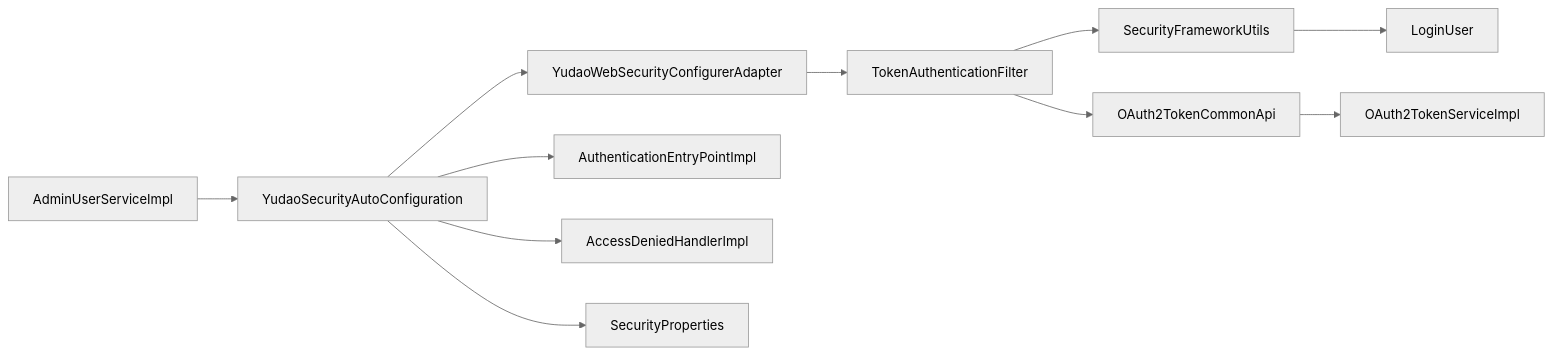
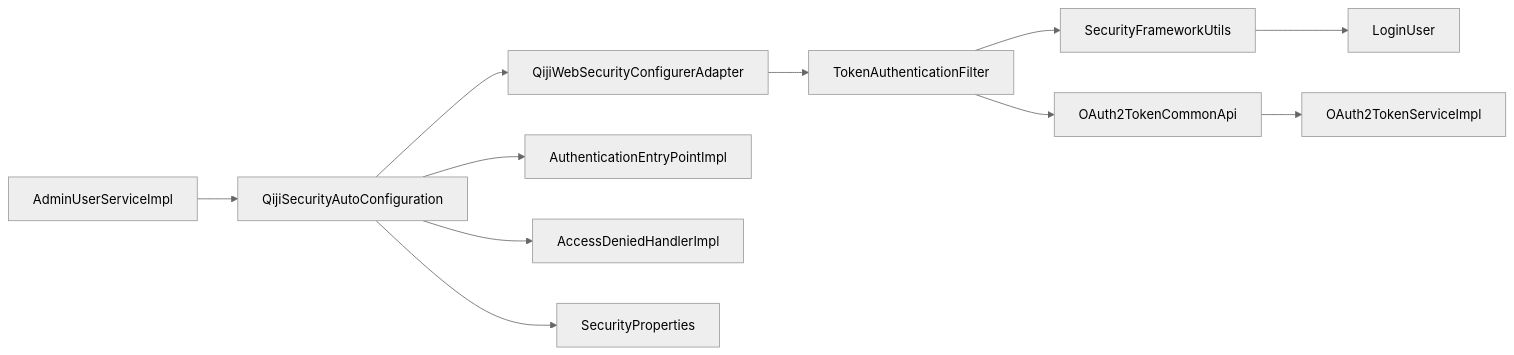
The seventh of 7 diagrams in backend/.qoder/repowiki/zh/content/安全与权限/认证机制.md (zhuangpengLI/AgenticCPS), drawn with Mermaid (neutral theme) before and after one commit. The commit also changed other lines of this file and 3489 other files, not shown here.

````diff
--- a/backend/.qoder/repowiki/zh/content/安全与权限/认证机制.md
+++ b/backend/.qoder/repowiki/zh/content/安全与权限/认证机制.md
@@ -308,13 +308,13 @@
 ```mermaid
 graph LR
-Auto["YudaoSecurityAutoConfiguration"] --> Chain["YudaoWebSecurityConfigurerAdapter"]
+Auto["QijiSecurityAutoConfiguration"] --> Chain["QijiWebSecurityConfigurerAdapter"]
 Chain --> Filter["TokenAuthenticationFilter"]
 Filter --> Utils["SecurityFrameworkUtils"]
 Filter --> OA["OAuth2TokenCommonApi"]
 OA --> OS["OAuth2TokenServiceImpl"]
 Auto --> EP["AuthenticationEntryPointImpl"]
 Auto --> AD["AccessDeniedHandlerImpl"]
 Auto --> SP["SecurityProperties"]
 Utils --> LU["LoginUser"]
 AU["AdminUserServiceImpl"] --> Auto
 ```
````
